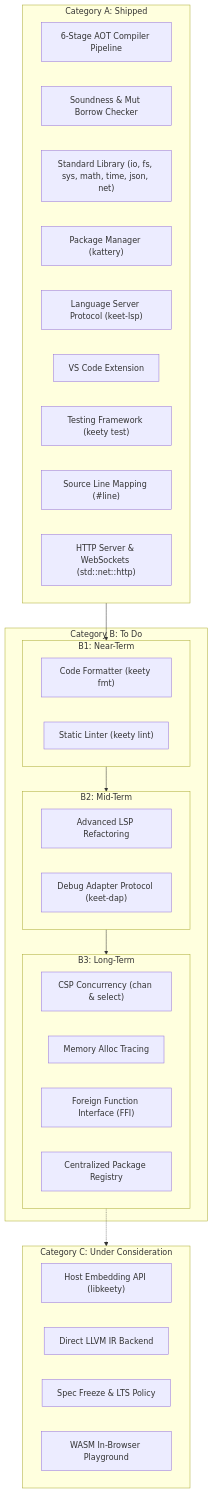
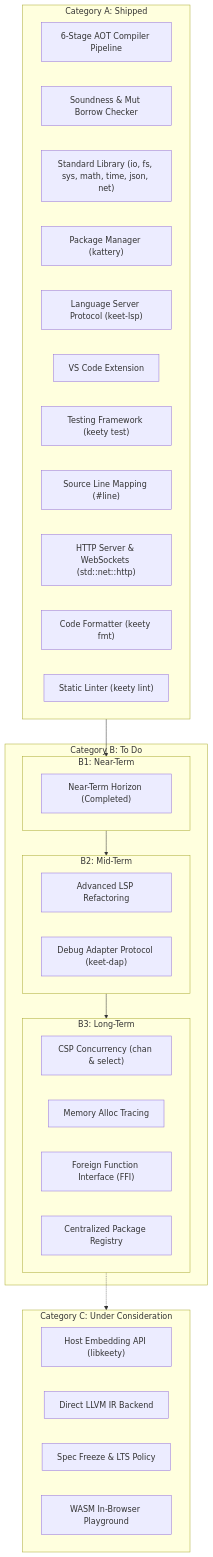
Before and after one commit to paweljjar/keety: the diagram in ROADMAP.md, drawn with Mermaid. The commit also changed other lines of this file and 17 other files, not shown here.

````diff
--- a/ROADMAP.md
+++ b/ROADMAP.md
@@ -17,40 +17,41 @@
 ```mermaid
 flowchart TD
     subgraph A["Category A: Shipped"]
         A1["6-Stage AOT Compiler Pipeline"]
         A2["Soundness & Mut Borrow Checker"]
         A3["Standard Library (io, fs, sys, math, time, json, net)"]
         A4["Package Manager (kattery)"]
         A5["Language Server Protocol (keet-lsp)"]
         A6["VS Code Extension"]
         A7["Testing Framework (keety test)"]
         A8["Source Line Mapping (#line)"]
         A9["HTTP Server & WebSockets (std::net::http)"]
+        A10["Code Formatter (keety fmt)"]
+        A11["Static Linter (keety lint)"]
     end
 
     subgraph B["Category B: To Do"]
         subgraph B1["B1: Near-Term"]
-            B1_1["Code Formatter (keety fmt)"]
-            B1_2["Static Linter (keety lint)"]
+            B1_1["Near-Term Horizon (Completed)"]
         end
         subgraph B2["B2: Mid-Term"]
             B2_1["Advanced LSP Refactoring"]
             B2_2["Debug Adapter Protocol (keet-dap)"]
         end
         subgraph B3["B3: Long-Term"]
             B3_1["CSP Concurrency (chan & select)"]
             B3_2["Memory Alloc Tracing"]
             B3_3["Foreign Function Interface (FFI)"]
             B3_4["Centralized Package Registry"]
         end
     end
 
     subgraph C["Category C: Under Consideration"]
         C1["Host Embedding API (libkeety)"]
         C2["Direct LLVM IR Backend"]
         C3["Spec Freeze & LTS Policy"]
         C4["WASM In-Browser Playground"]
     end
 
     A --> B1 --> B2 --> B3 -.-> C
 ```
````
